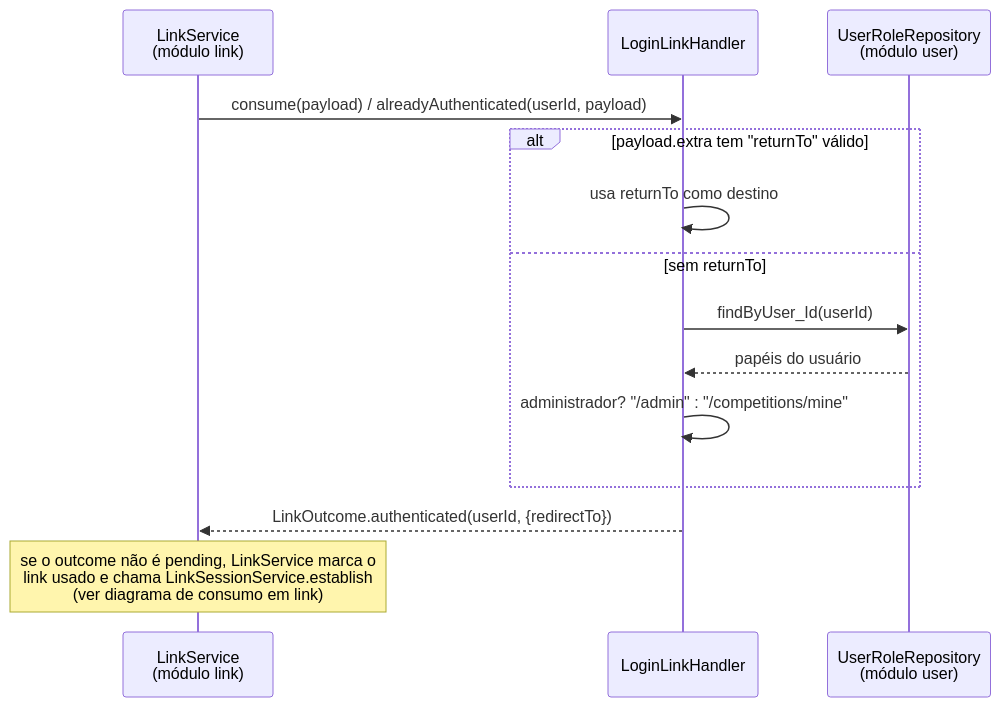
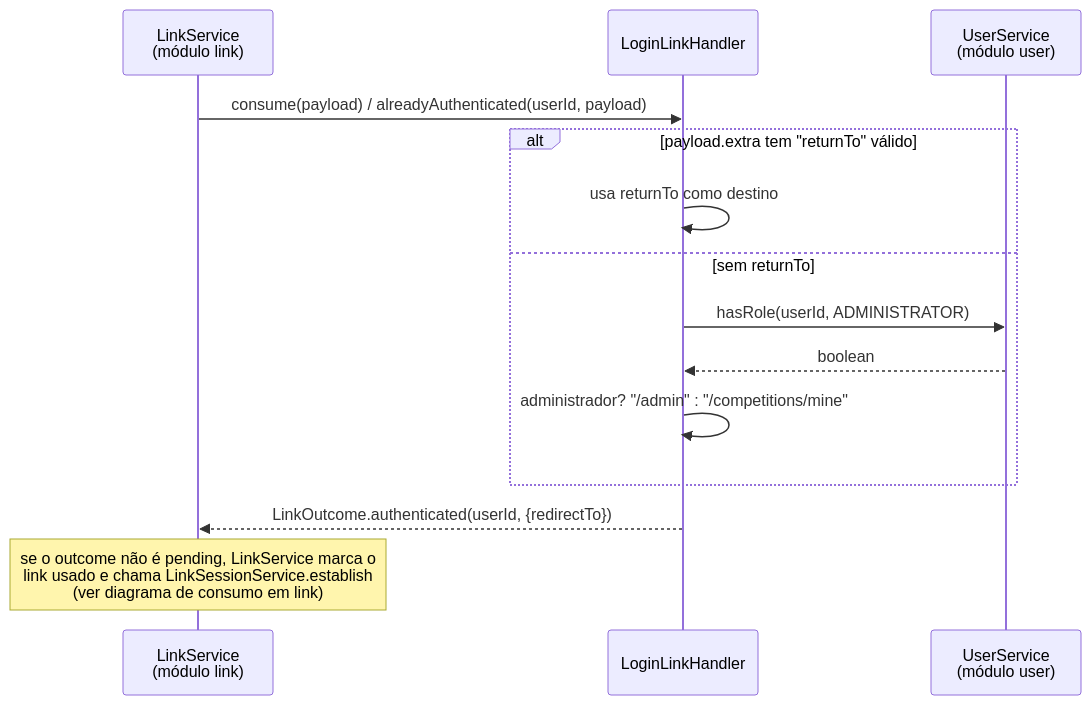
Before and after one commit to lalgarve/jogo-acoes: diagram 15 of 21 in docs/diagrams/modulos.md, drawn with Mermaid. The commit also changed other lines of this file and 2 other files, not shown here.

First line of the commit message:
docs: update module diagrams and spec 05-029 after implementation

````diff
--- a/docs/diagrams/modulos.md
+++ b/docs/diagrams/modulos.md
@@ -667,17 +697,17 @@
 ```mermaid
 sequenceDiagram
     participant LiS as LinkService<br/>(módulo link)
     participant H as LoginLinkHandler
-    participant URR as UserRoleRepository<br/>(módulo user)
+    participant US as UserService<br/>(módulo user)
 
     LiS->>H: consume(payload) / alreadyAuthenticated(userId, payload)
     alt payload.extra tem "returnTo" válido
         H->>H: usa returnTo como destino
     else sem returnTo
-        H->>URR: findByUser_Id(userId)
-        URR-->>H: papéis do usuário
+        H->>US: hasRole(userId, ADMINISTRATOR)
+        US-->>H: boolean
         H->>H: administrador? "/admin" : "/competitions/mine"
     end
     H-->>LiS: LinkOutcome.authenticated(userId, {redirectTo})
     Note over LiS: se o outcome não é pending, LinkService marca o<br/>link usado e chama LinkSessionService.establish<br/>(ver diagrama de consumo em link)
 ```
````
